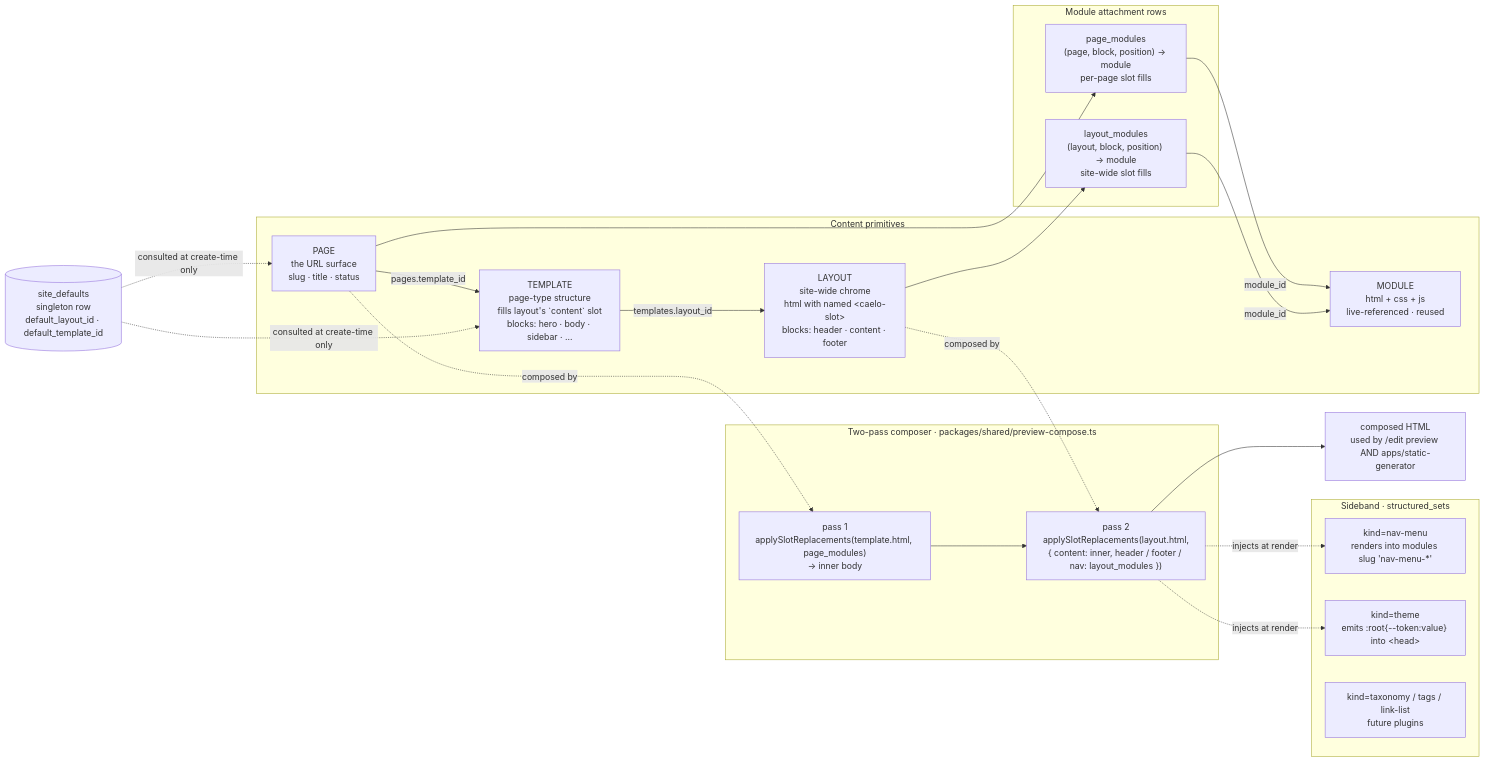
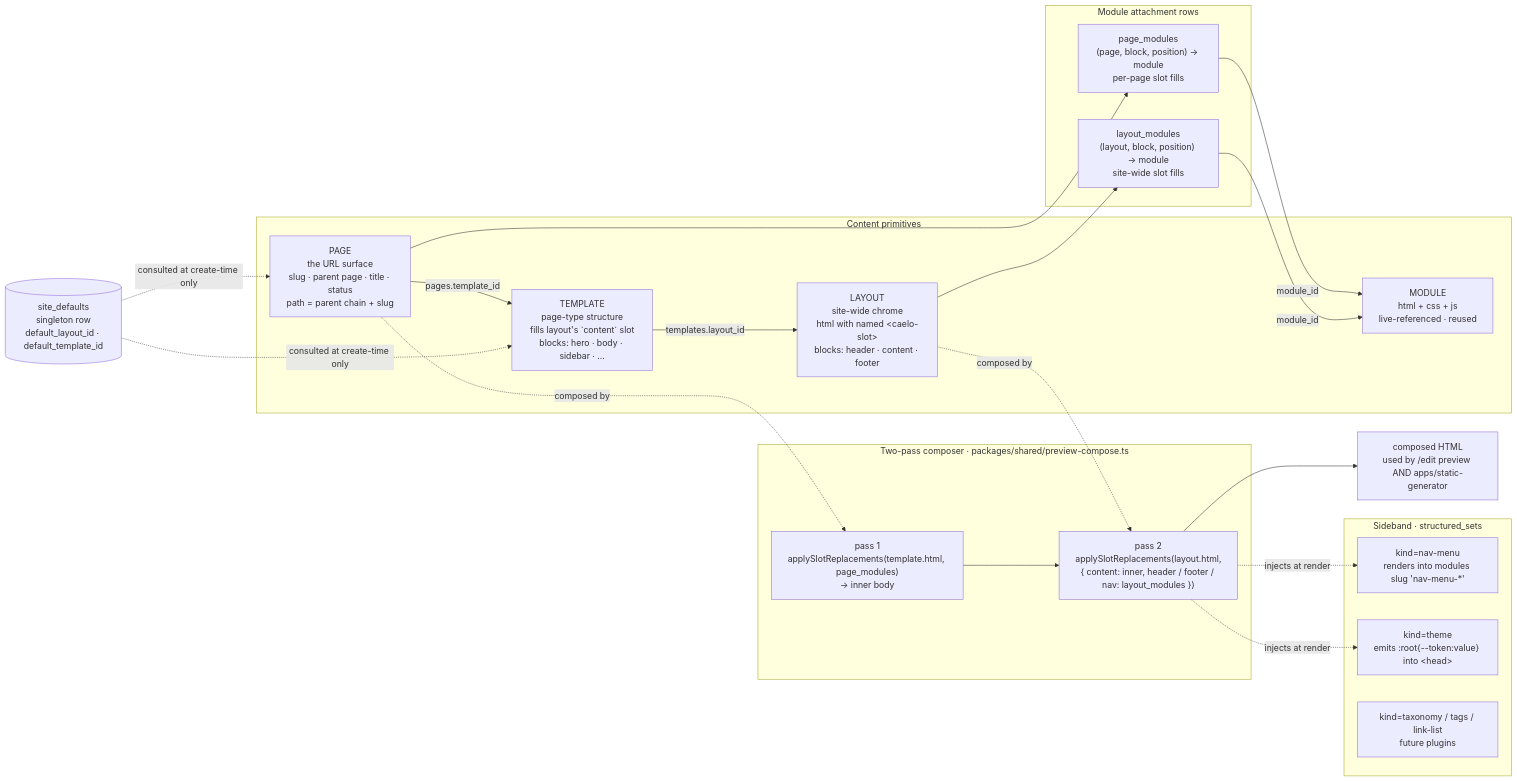
Before and after one commit to caelo-cms/caelo-cms: the second of 4 diagrams in ARCHITECTURE.md, drawn with Mermaid. The commit also changed other lines of this file and 45 other files, not shown here.

First line of the commit message:
feat(pages): nested page URLs via parent pages — subtree moves with 301 fan-out (#690)

````diff
--- a/ARCHITECTURE.md
+++ b/ARCHITECTURE.md
@@ -72,46 +72,46 @@
 ```mermaid
 flowchart LR
   subgraph primitives["Content primitives"]
     Layout["LAYOUT<br/>site-wide chrome<br/>html with named &lt;caelo-slot&gt;<br/>blocks: header · content · footer"]
     Template["TEMPLATE<br/>page-type structure<br/>fills layout's `content` slot<br/>blocks: hero · body · sidebar · …"]
-    Page["PAGE<br/>the URL surface<br/>slug · title · status"]
+    Page["PAGE<br/>the URL surface<br/>slug · parent page · title · status<br/>path = parent chain + slug"]
     Module["MODULE<br/>html + css + js<br/>live-referenced · reused"]
   end
 
   Template -->|templates.layout_id| Layout
   Page -->|pages.template_id| Template
 
   subgraph attachments["Module attachment rows"]
     PageModules["page_modules<br/>(page, block, position) → module<br/>per-page slot fills"]
     LayoutModules["layout_modules<br/>(layout, block, position) → module<br/>site-wide slot fills"]
   end
 
   Page --> PageModules
   Layout --> LayoutModules
   PageModules -->|module_id| Module
   LayoutModules -->|module_id| Module
 
   subgraph composer["Two-pass composer · packages/shared/preview-compose.ts"]
     Pass1["pass 1<br/>applySlotReplacements(template.html, page_modules)<br/>→ inner body"]
     Pass2["pass 2<br/>applySlotReplacements(layout.html,<br/>{ content: inner, header / footer / nav: layout_modules })"]
     Pass1 --> Pass2
   end
 
   Page -. composed by .-> Pass1
   Layout -. composed by .-> Pass2
 
   subgraph sideband["Sideband · structured_sets"]
     NavMenu["kind=nav-menu<br/>renders into modules slug 'nav-menu-*'"]
     Theme["kind=theme<br/>emits :root{--token:value} into &lt;head&gt;"]
     Tags["kind=taxonomy / tags / link-list<br/>future plugins"]
   end
 
   Pass2 -. injects at render .-> NavMenu
   Pass2 -. injects at render .-> Theme
 
   Pass2 --> Output["composed HTML<br/>used by /edit preview AND apps/static-generator"]
 
   SiteDefaults[("site_defaults<br/>singleton row<br/>default_layout_id · default_template_id")]
   SiteDefaults -. consulted at create-time only .-> Page
   SiteDefaults -. consulted at create-time only .-> Template
 ```
````
